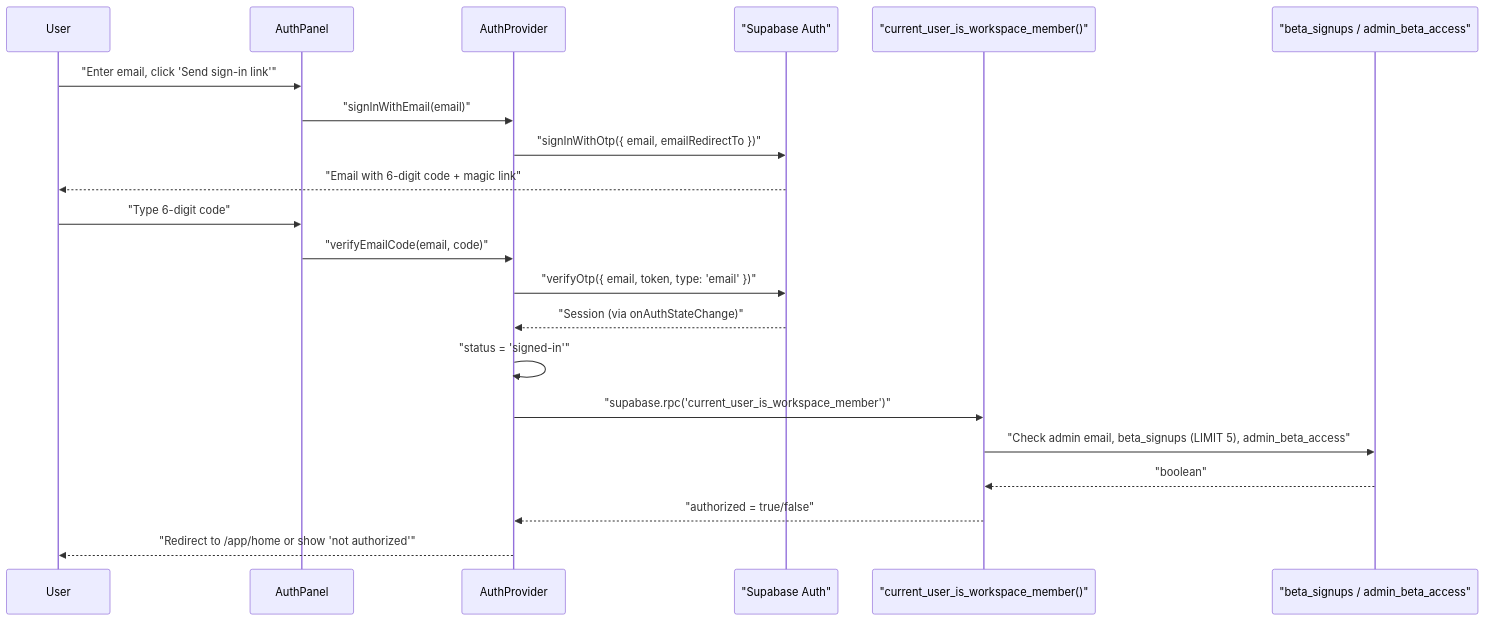
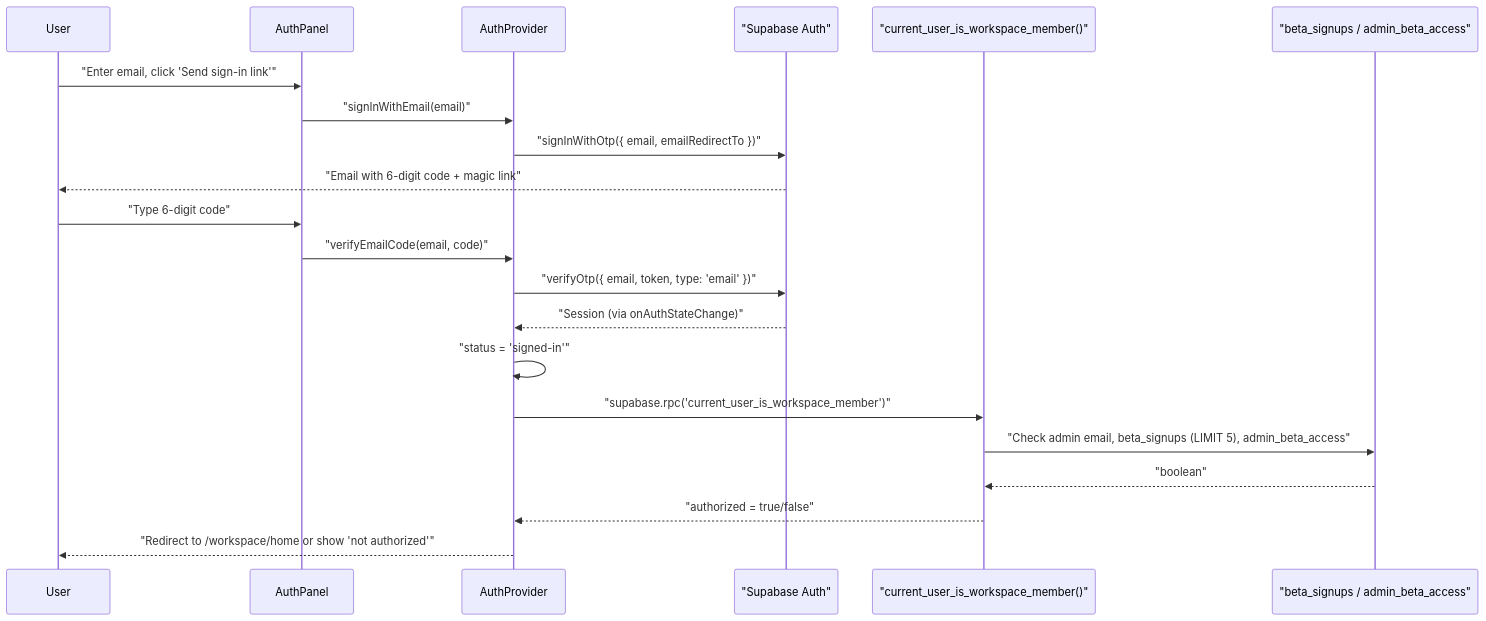
The fourth of 5 diagrams in docs/wiki/Authentication-System.md (Dutiva-Canada/Dutiva_Web), drawn with Mermaid before and after one commit. The commit also changed other lines of this file and 107 other files, not shown here.

````diff
--- a/docs/wiki/Authentication-System.md
+++ b/docs/wiki/Authentication-System.md
@@ -328,24 +328,24 @@
 ```mermaid
 sequenceDiagram
     participant User
     participant AuthPanel
     participant AuthProvider
     participant Supabase as "Supabase Auth"
     participant RPC as "current_user_is_workspace_member()"
     participant DB as "beta_signups / admin_beta_access"
 
     User->>AuthPanel: "Enter email, click 'Send sign-in link'"
     AuthPanel->>AuthProvider: "signInWithEmail(email)"
     AuthProvider->>Supabase: "signInWithOtp({ email, emailRedirectTo })"
     Supabase-->>User: "Email with 6-digit code + magic link"
     User->>AuthPanel: "Type 6-digit code"
     AuthPanel->>AuthProvider: "verifyEmailCode(email, code)"
     AuthProvider->>Supabase: "verifyOtp({ email, token, type: 'email' })"
     Supabase-->>AuthProvider: "Session (via onAuthStateChange)"
     AuthProvider->>AuthProvider: "status = 'signed-in'"
     AuthProvider->>RPC: "supabase.rpc('current_user_is_workspace_member')"
     RPC->>DB: "Check admin email, beta_signups (LIMIT 5), admin_beta_access"
     DB-->>RPC: "boolean"
     RPC-->>AuthProvider: "authorized = true/false"
-    AuthProvider-->>User: "Redirect to /app/home or show 'not authorized'"
+    AuthProvider-->>User: "Redirect to /workspace/home or show 'not authorized'"
 ```
````
